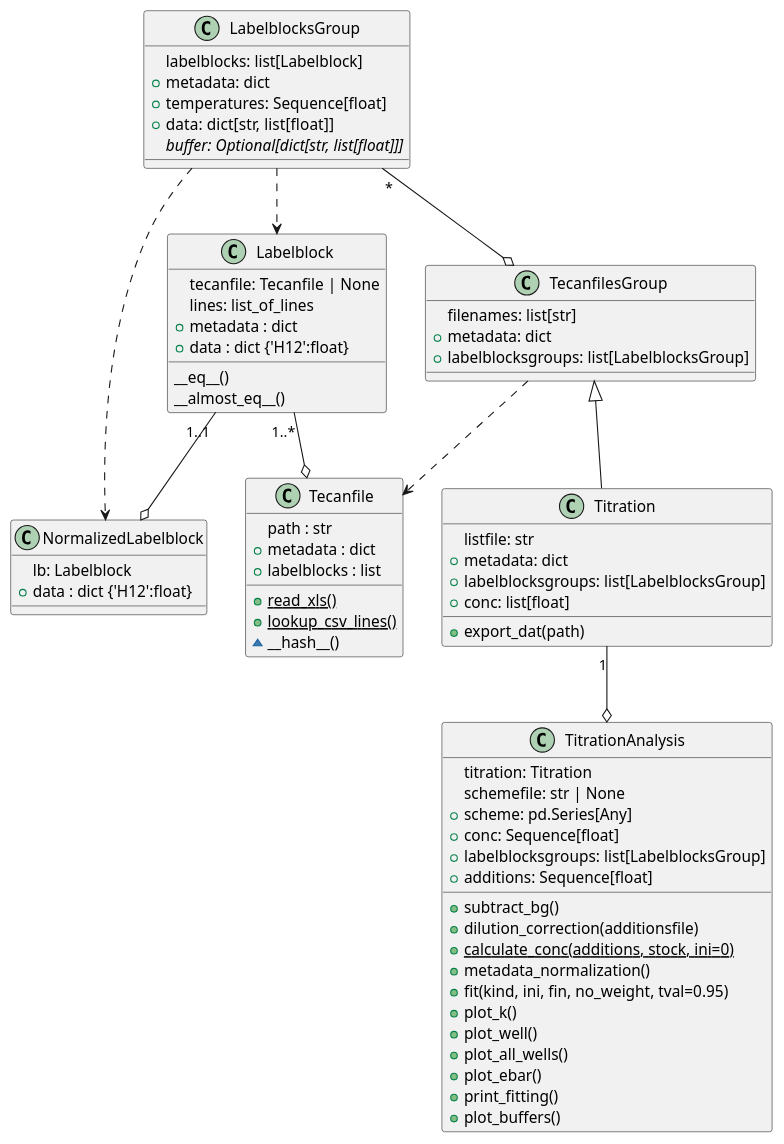
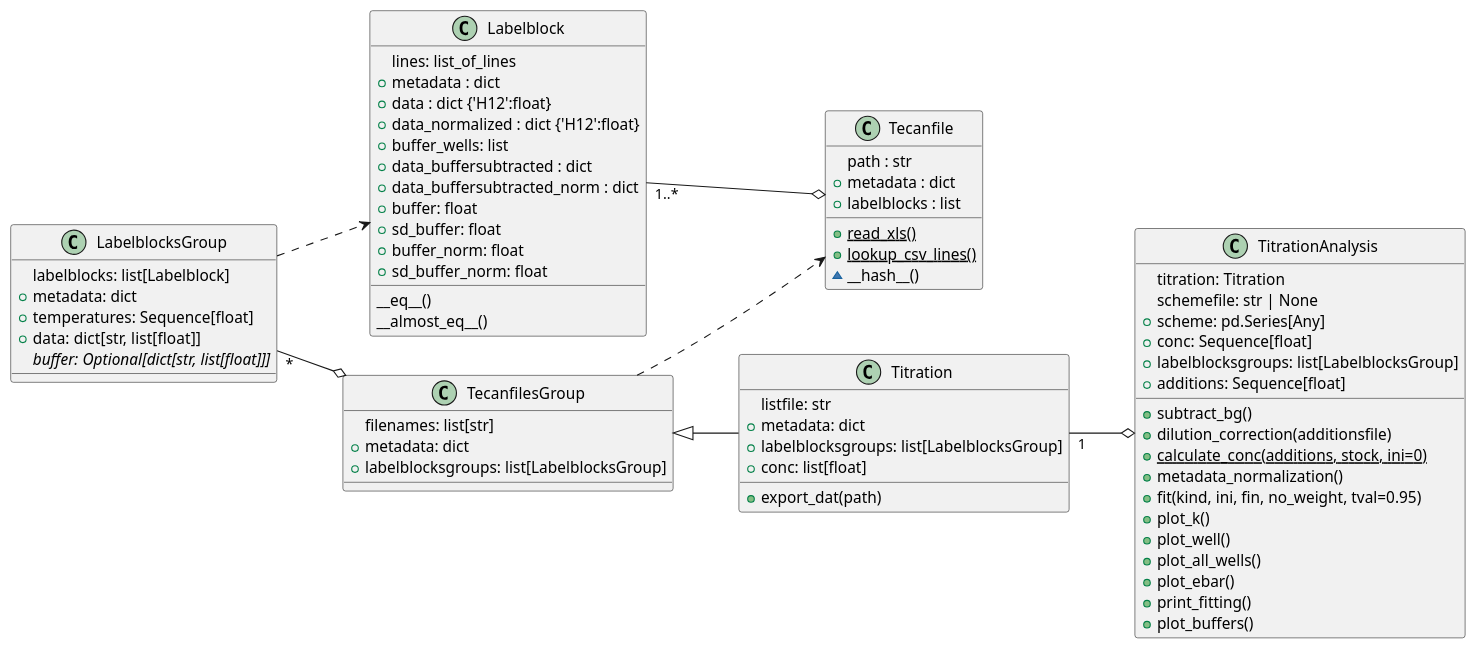
One commit to darosio/ClopHfit changed the diagram in docs/api/api.rst. Above: the diagram before and after it, drawn with PlantUML. The commit also changed other lines of this file and 4 other files, not shown here.

Commit message:
refactor: remember to substitute and remove NormalizedLabelblock

```diff
--- a/docs/api/api.rst
+++ b/docs/api/api.rst
@@ -73,77 +53,79 @@
 .. uml::
 
-   Labelblock "1..*" --o Tecanfile
-   Labelblock "1..1" --o NormalizedLabelblock
+   left to right direction
 
    class Labelblock{
-     tecanfile: Tecanfile | None
      lines: list_of_lines
      +metadata : dict
      +data : dict {'H12':float}
+     +data_normalized : dict {'H12':float}
+	 +buffer_wells: list
+     +data_buffersubtracted : dict
+     +data_buffersubtracted_norm : dict
+	 +buffer: float
+	 +sd_buffer: float
+	 +buffer_norm: float
+	 +sd_buffer_norm: float
 	 __eq__()
      __almost_eq__()
    }
 
-   class NormalizedLabelblock{
-     lb: Labelblock
-     +data : dict {'H12':float}
-   }
+   Labelblock "1..*" --o Tecanfile
 
    class Tecanfile{
      path : str
 	 +metadata : dict
 	 +labelblocks : list
 	 {static} +read_xls()
 	 {static} +lookup_csv_lines()
 	 ~__hash__()
    }
 
    LabelblocksGroup ..> Labelblock
-   LabelblocksGroup ..> NormalizedLabelblock
    TecanfilesGroup ..> Tecanfile
 
    LabelblocksGroup "*" --o TecanfilesGroup
    TecanfilesGroup <|-- Titration
    Titration "1" --o TitrationAnalysis
 
    class LabelblocksGroup{
      labelblocks: list[Labelblock]
 	 +metadata: dict
 	 +temperatures: Sequence[float]
 	 +data: dict[str, list[float]]
 	 {abstract} buffer: Optional[dict[str, list[float]]]
    }
 
    class TecanfilesGroup{
      filenames: list[str]
 	 +metadata: dict
 	 +labelblocksgroups: list[LabelblocksGroup]
    }
 
    class Titration{
      listfile: str
 	 +metadata: dict
 	 +labelblocksgroups: list[LabelblocksGroup]
 	 +conc: list[float]
 	 +export_dat(path)
    }
 
    class TitrationAnalysis{
      titration: Titration
 	 schemefile: str | None
 	 +scheme: pd.Series[Any]
 	 +conc: Sequence[float]
 	 +labelblocksgroups: list[LabelblocksGroup]
 	 +additions: Sequence[float]
 	 +subtract_bg()
 	 +dilution_correction(additionsfile)
 	 {static} +calculate_conc(additions, stock, ini=0)
 	 +metadata_normalization()
 	 +fit(kind, ini, fin, no_weight, tval=0.95)
 	 +plot_k()
 	 +plot_well()
 	 +plot_all_wells()
 	 +plot_ebar()
 	 +print_fitting()
 	 +plot_buffers()
    }
```
